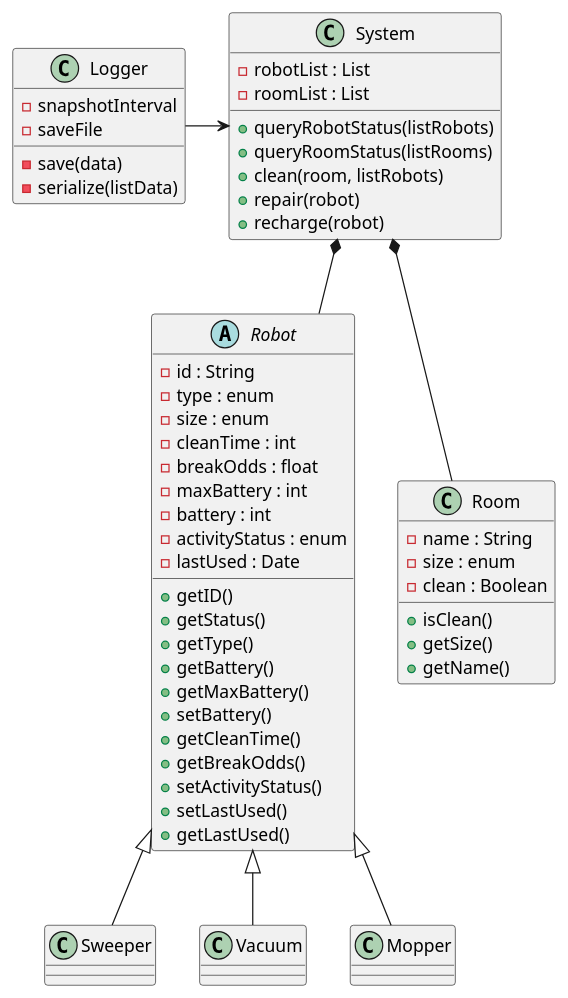
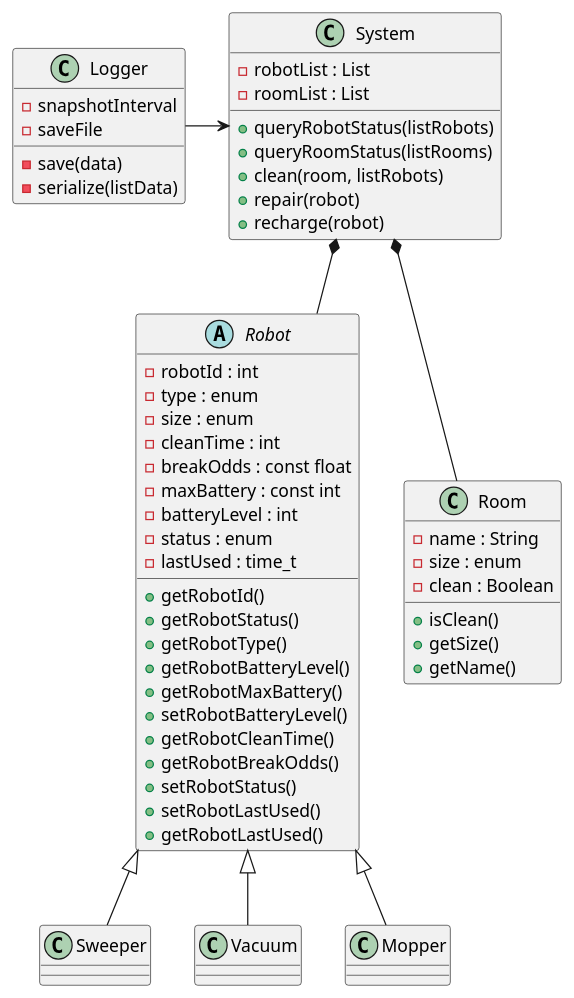
One commit to arisk02/robot-fleet-management-system changed the diagram in docs/design/class_diagram/class_diagram.puml. Above: the diagram before and after it, drawn with PlantUML.

Commit message:
edited robot class diagram

```diff
--- a/docs/design/class_diagram/class_diagram.puml
+++ b/docs/design/class_diagram/class_diagram.puml
@@ -1,57 +1,57 @@
 @startuml
 Class System{
     -robotList : List
     -roomList : List
     +queryRobotStatus(listRobots)
     +queryRoomStatus(listRooms)
     +clean(room, listRobots)
     +repair(robot)
     +recharge(robot)
 }
 Abstract class Robot{
-    -id : String
+    -robotId : int
     -type : enum
     -size : enum
     -cleanTime : int
-    -breakOdds : float
-    -maxBattery : int
-    -battery : int
-    -activityStatus : enum
-    -lastUsed : Date
-    +getID()
-    +getStatus()
-    +getType()
-    +getBattery()
-    +getMaxBattery()
-    +setBattery()
-    +getCleanTime()
-    +getBreakOdds()
-    +setActivityStatus()
-    +setLastUsed()
-    +getLastUsed()
+    -breakOdds : const float
+    -maxBattery : const int
+    -batteryLevel : int
+    -status : enum
+    -lastUsed : time_t
+    +getRobotId()
+    +getRobotStatus()
+    +getRobotType()
+    +getRobotBatteryLevel()
+    +getRobotMaxBattery()
+    +setRobotBatteryLevel()
+    +getRobotCleanTime()
+    +getRobotBreakOdds()
+    +setRobotStatus()
+    +setRobotLastUsed()
+    +getRobotLastUsed()
 }
 class Sweeper
 class Vacuum
 class Mopper
 class Room{
     -name : String
     -size : enum
     -clean : Boolean
     +isClean()
     +getSize()
     +getName()
 }
 class Logger{
     -snapshotInterval
     -saveFile
     -save(data)
     -serialize(listData)
 }
 System *-- Robot
 Robot <|-- Sweeper
 Robot <|-- Vacuum
 Robot <|-- Mopper
 System *-- Room
 Logger -> System
 
 @enduml
```
